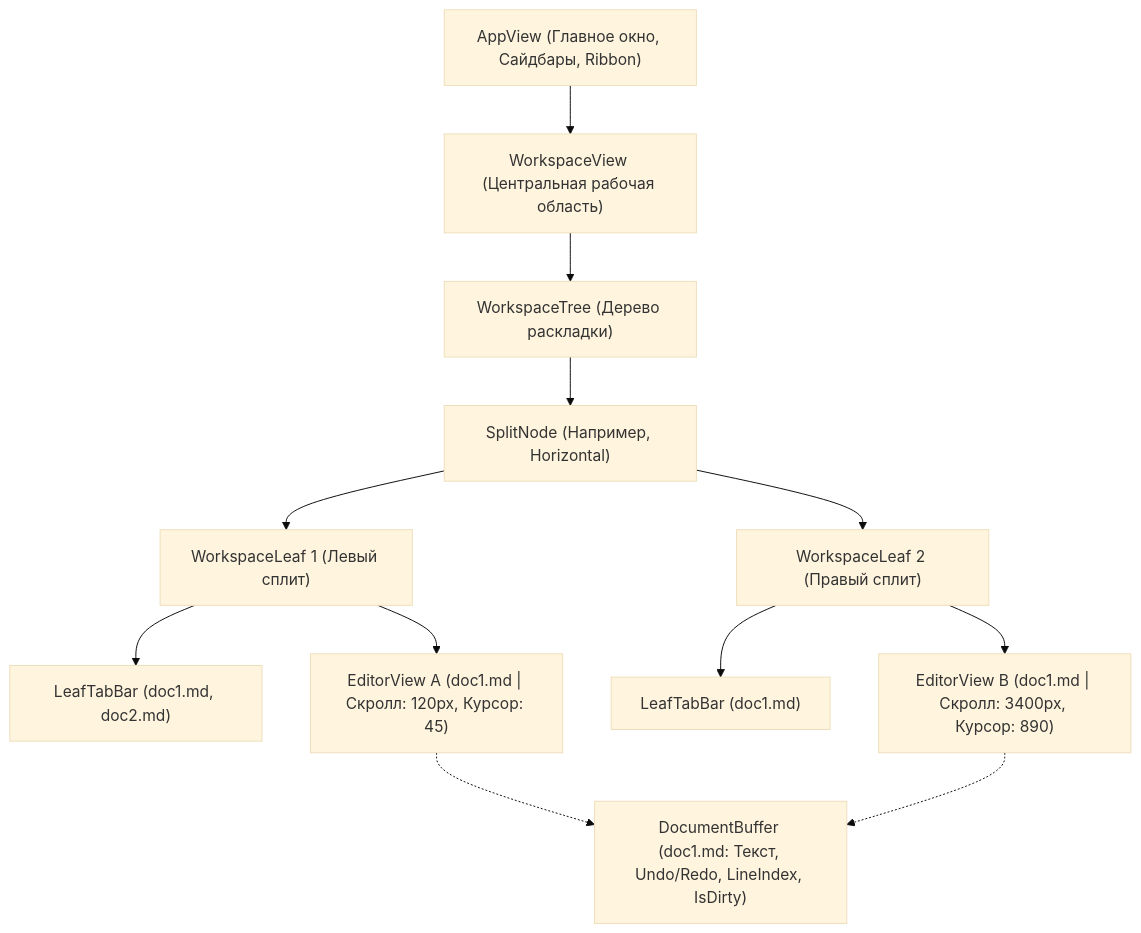
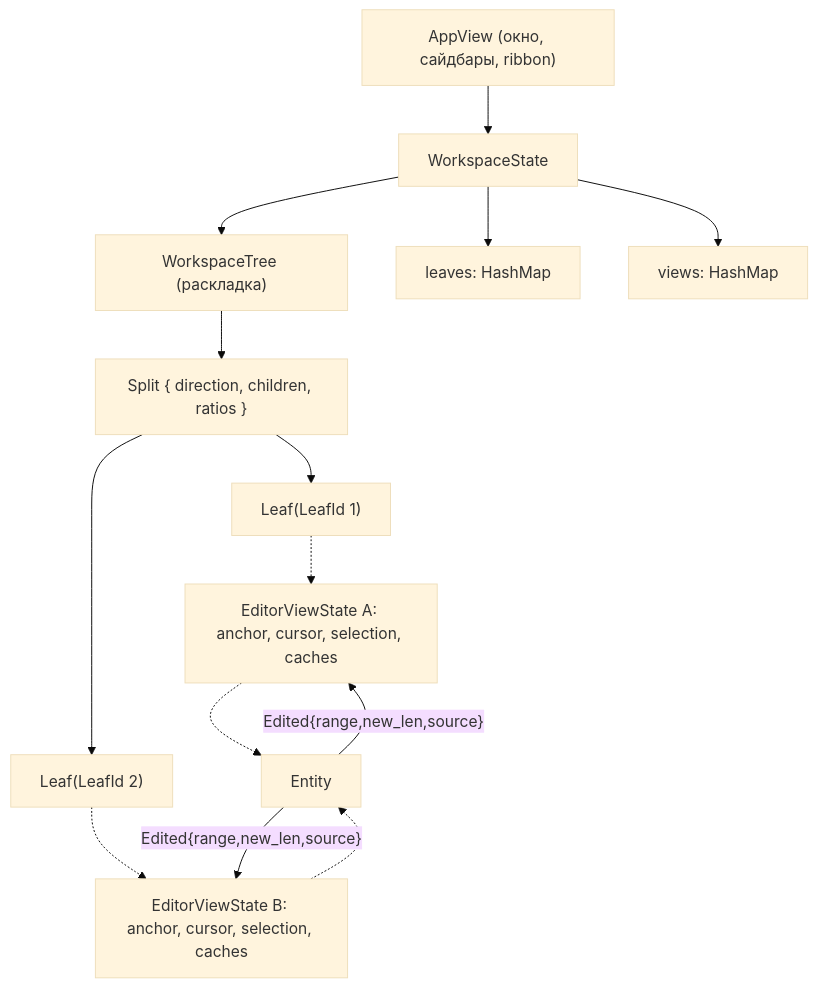
One commit to leruetkins/Aquilum-NP changed the diagram in aquilum-gpui/TODO/multi-document-workspace-plan.md. Above: the diagram before and after it, drawn with Mermaid (base theme). The commit also changed other lines of this file, not shown here.

````diff
--- a/aquilum-gpui/TODO/multi-document-workspace-plan.md
+++ b/aquilum-gpui/TODO/multi-document-workspace-plan.md
@@ -30,18 +134,16 @@
 ```mermaid
 graph TD
-    AppView["AppView (Главное окно, Сайдбары, Ribbon)"] --> WorkspaceView["WorkspaceView (Центральная рабочая область)"]
-    WorkspaceView --> Tree["WorkspaceTree (Дерево раскладки)"]
-    
-    Tree --> SplitNode["SplitNode (Например, Horizontal)"]
-    SplitNode --> Leaf1["WorkspaceLeaf 1 (Левый сплит)"]
-    SplitNode --> Leaf2["WorkspaceLeaf 2 (Правый сплит)"]
-    
-    Leaf1 --> TabBar1["LeafTabBar (doc1.md, doc2.md)"]
-    Leaf1 --> EditorView1["EditorView A (doc1.md | Скролл: 120px, Курсор: 45)"]
-    
-    Leaf2 --> TabBar2["LeafTabBar (doc1.md)"]
-    Leaf2 --> EditorView2["EditorView B (doc1.md | Скролл: 3400px, Курсор: 890)"]
-    
-    EditorView1 -.-> SharedDoc["DocumentBuffer (doc1.md: Текст, Undo/Redo, LineIndex, IsDirty)"]
-    EditorView2 -.-> SharedDoc
+    AppView["AppView (окно, сайдбары, ribbon)"] --> WorkspaceState
+    WorkspaceState --> Tree["WorkspaceTree (раскладка)"]
+    WorkspaceState --> Leaves["leaves: HashMap<LeafId, LeafState>"]
+    WorkspaceState --> Views["views: HashMap<LeafId, EditorViewState>"]
+    Tree --> Split["Split { direction, children, ratios }"]
+    Split --> L1["Leaf(LeafId 1)"]
+    Split --> L2["Leaf(LeafId 2)"]
+    L1 -.-> V1["EditorViewState A: anchor, cursor, selection, caches"]
+    L2 -.-> V2["EditorViewState B: anchor, cursor, selection, caches"]
+    V1 -.-> Buf["Entity<DocumentBuffer>"]
+    V2 -.-> Buf
+    Buf -- "Edited{range,new_len,source}" --> V1
+    Buf -- "Edited{range,new_len,source}" --> V2
 ```
````
